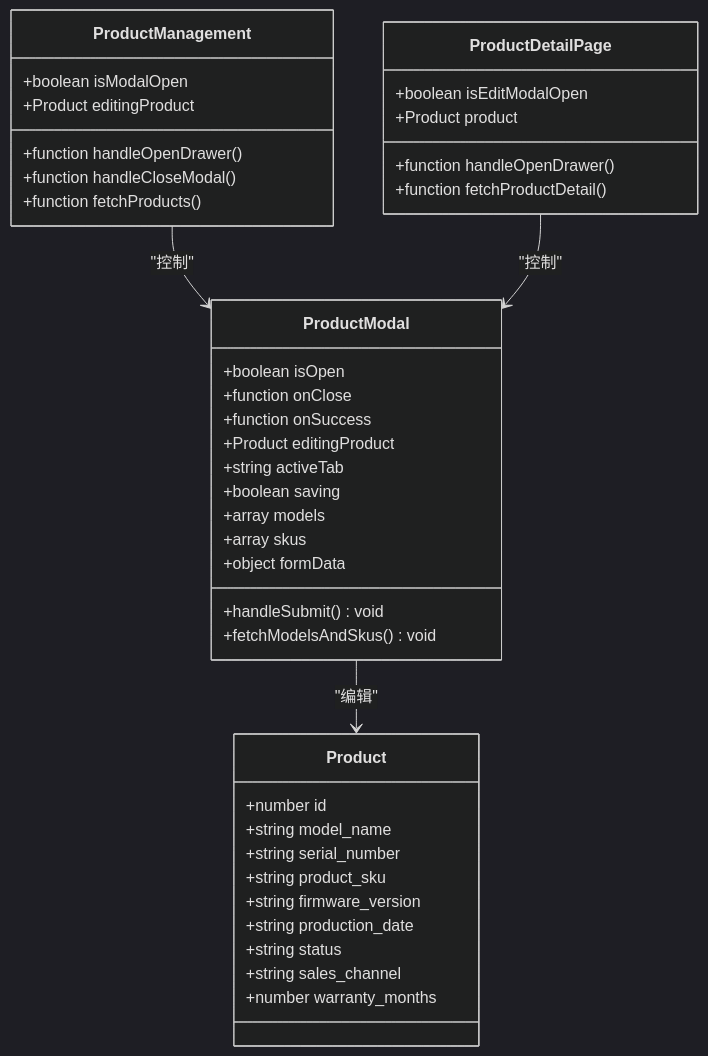
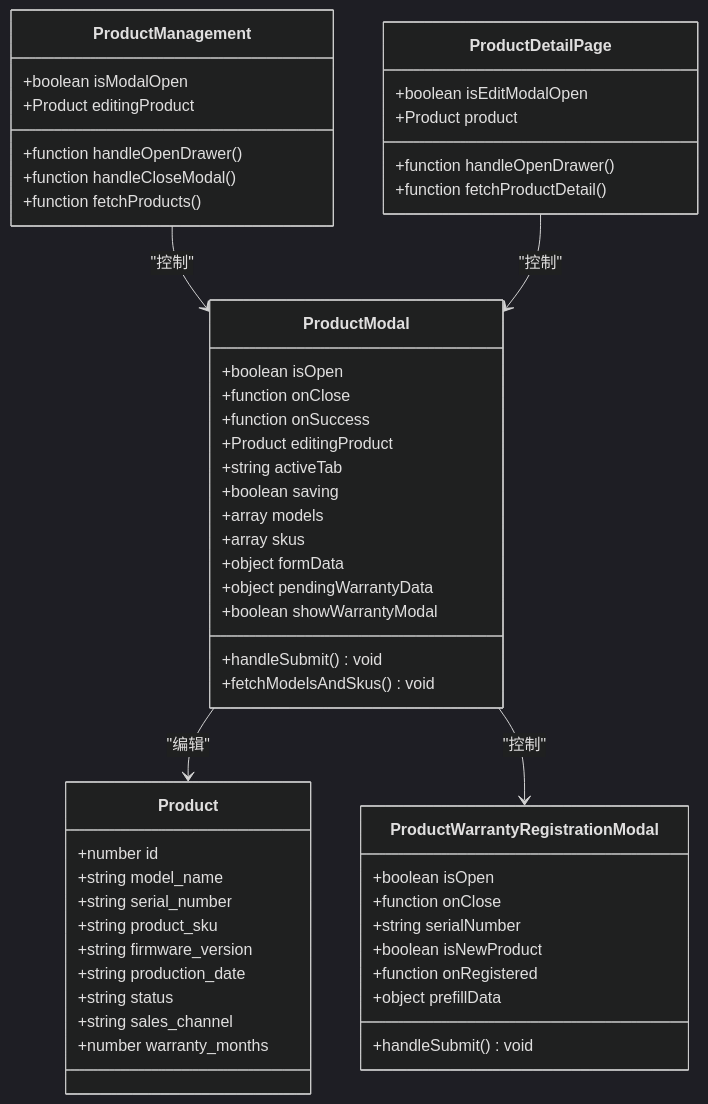
Before and after one commit to CubeEdge/Longhorn: the second of 14 diagrams in .qoder/repowiki/zh/content/前端组件架构/产品详情页面组件/产品编辑模态框.md, drawn with Mermaid (dark theme). The commit also changed other lines of this file and 47 other files, not shown here.

````diff
--- a/.qoder/repowiki/zh/content/前端组件架构/产品详情页面组件/产品编辑模态框.md
+++ b/.qoder/repowiki/zh/content/前端组件架构/产品详情页面组件/产品编辑模态框.md
@@ -73,43 +88,55 @@
 ```mermaid
 classDiagram
 class ProductModal {
 +boolean isOpen
 +function onClose
 +function onSuccess
 +Product editingProduct
 +string activeTab
 +boolean saving
 +array models
 +array skus
 +object formData
++object pendingWarrantyData
++boolean showWarrantyModal
 +handleSubmit() void
 +fetchModelsAndSkus() void
+}
+class ProductWarrantyRegistrationModal {
++boolean isOpen
++function onClose
++string serialNumber
++boolean isNewProduct
++function onRegistered
++object prefillData
++handleSubmit() void
 }
 class ProductManagement {
 +boolean isModalOpen
 +Product editingProduct
 +function handleOpenDrawer()
 +function handleCloseModal()
 +function fetchProducts()
 }
 class ProductDetailPage {
 +boolean isEditModalOpen
 +Product product
 +function handleOpenDrawer()
 +function fetchProductDetail()
 }
 class Product {
 +number id
 +string model_name
 +string serial_number
 +string product_sku
 +string firmware_version
 +string production_date
 +string status
 +string sales_channel
 +number warranty_months
 }
 ProductModal --> Product : "编辑"
+ProductModal --> ProductWarrantyRegistrationModal : "控制"
 ProductManagement --> ProductModal : "控制"
 ProductDetailPage --> ProductModal : "控制"
 ```
````
